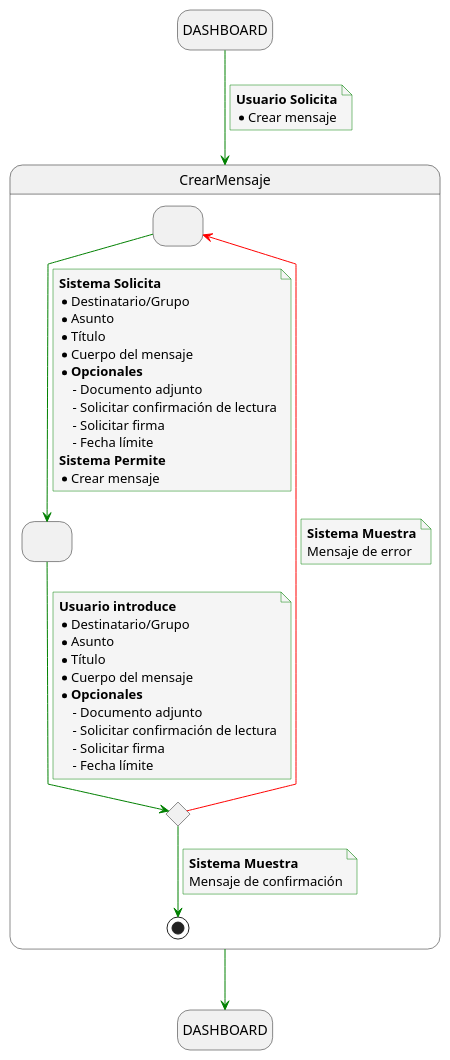
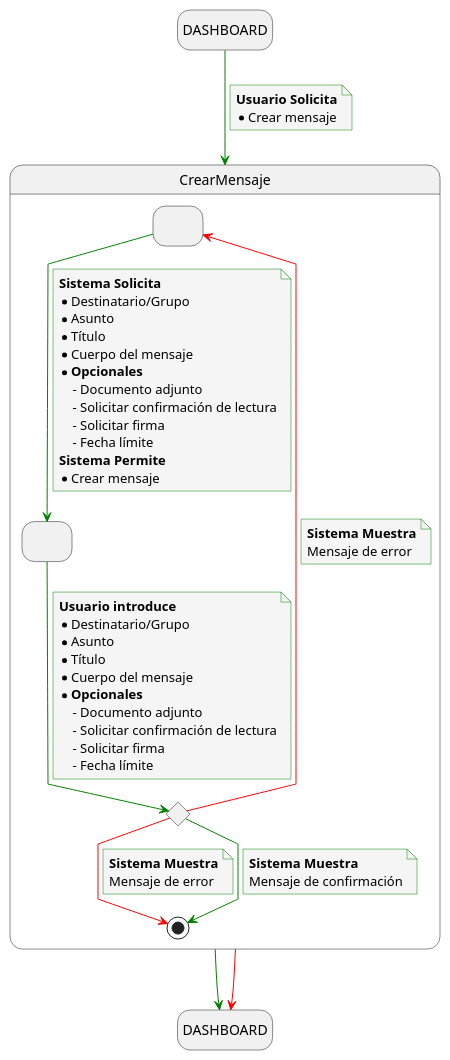
One commit to mmasias/24-25-IdSw1-SDR changed the diagram in docs/casosDeUso/detalladoCasosDeUso/detalladoEnvioMensajes/detalladoCreacionMensaje.puml. Above: the diagram before and after it, drawn with PlantUML. The commit also changed 1 other file, not shown here.

Commit message:
FIX/ agregar mensajes de error en la creación y envío de mensajes

```diff
--- a/docs/casosDeUso/detalladoCasosDeUso/detalladoEnvioMensajes/detalladoCreacionMensaje.puml
+++ b/docs/casosDeUso/detalladoCasosDeUso/detalladoEnvioMensajes/detalladoCreacionMensaje.puml
@@ -1,71 +1,78 @@
 @startuml crear_mensaje
 
 skinparam {
   NoteBackgroundColor #whiteSmoke
   ArrowColor #green
   NoteBorderColor #green
   linetype polyline
 }
 
 hide empty description
 
 state startState as "DASHBOARD"
 state endState as "DASHBOARD"
 
 startState --> CrearMensaje
 note on link
     <b>Usuario Solicita</b>
     * Crear mensaje
 end note
 
 CrearMensaje --> endState
+CrearMensaje -[#red]-> endState
 
 state CrearMensaje{
     state solicitudFiltros as " "
     state envioFiltros as " "
     state revisionFiltrosEnviados <<choice>>
 
     solicitudFiltros --> envioFiltros
     note on link
         <b>Sistema Solicita</b>
         * Destinatario/Grupo
         * Asunto
         * Título
         * Cuerpo del mensaje
         * <b>Opcionales</b>
             - Documento adjunto
             - Solicitar confirmación de lectura
             - Solicitar firma
             - Fecha límite
         <b>Sistema Permite</b>
         * Crear mensaje
     end note
 
     envioFiltros --> revisionFiltrosEnviados
     note on link
         <b>Usuario introduce</b>
         * Destinatario/Grupo
         * Asunto
         * Título
         * Cuerpo del mensaje
         * <b>Opcionales</b>
             - Documento adjunto
             - Solicitar confirmación de lectura
             - Solicitar firma
             - Fecha límite
     end note
 
     revisionFiltrosEnviados -[#red]-> solicitudFiltros
     note on link
         <b>Sistema Muestra</b>
         Mensaje de error
     end note
 
+    revisionFiltrosEnviados -[#red]-> [*]
+    note on link
+        <b>Sistema Muestra</b>
+        Mensaje de error
+    end note
+
     revisionFiltrosEnviados --> [*]
     note on link
         <b>Sistema Muestra</b>
         Mensaje de confirmación
     end note
 }
 
 @enduml
```
